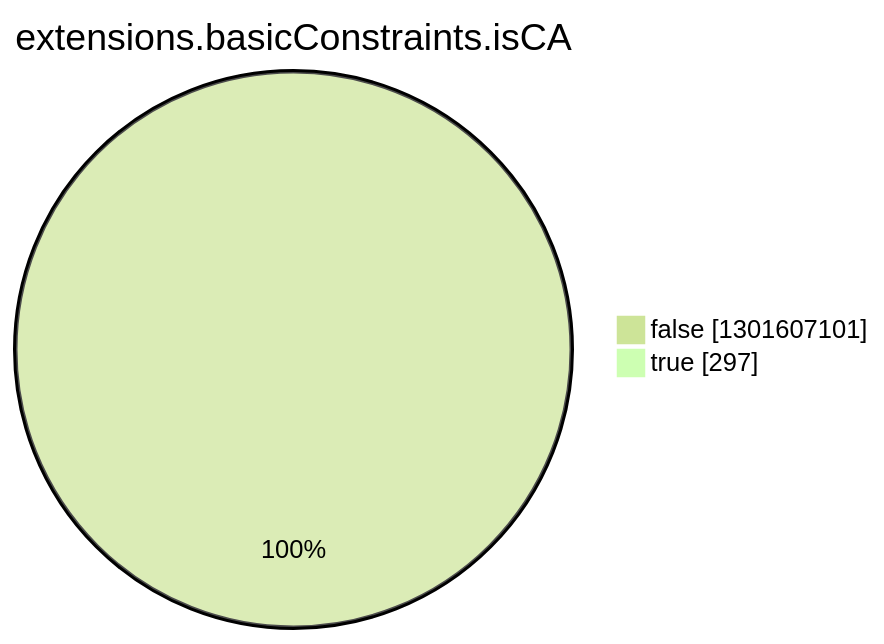
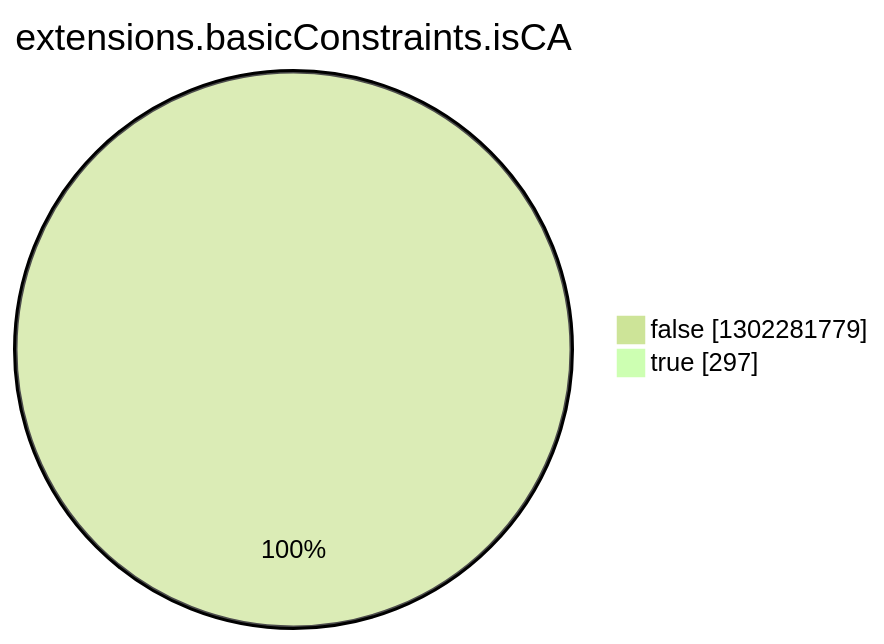
One commit to christiankrug/ctmonitor_visualization changed the eighth of 15 diagrams in argon2022/README.md. Above: the diagram before and after it, drawn with Mermaid (forest theme). The commit also changed other lines of this file, not shown here.

````diff
--- a/argon2022/README.md
+++ b/argon2022/README.md
@@ -2757,6 +2757,6 @@
 ```mermaid
 pie showData
 title extensions.basicConstraints.isCA
-"false" :1301607101
+"false" :1302281779
 "true" :297
 ```
````
